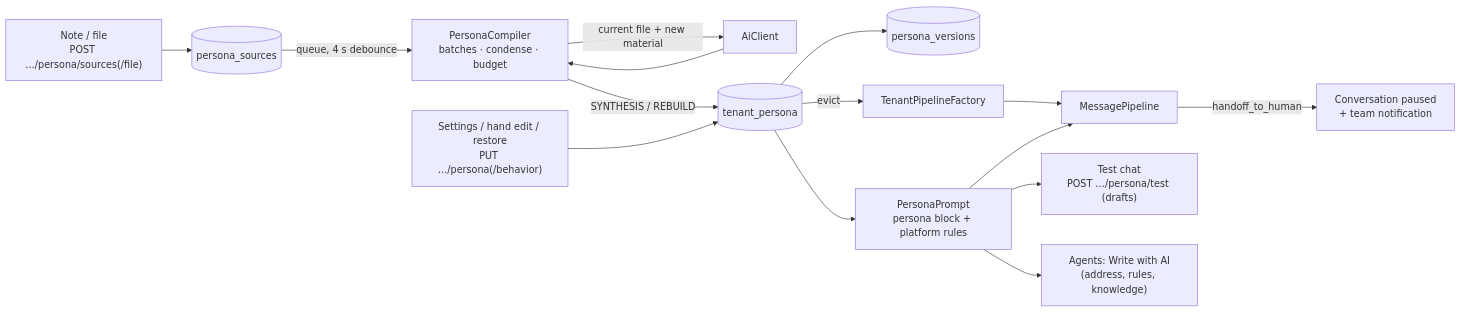
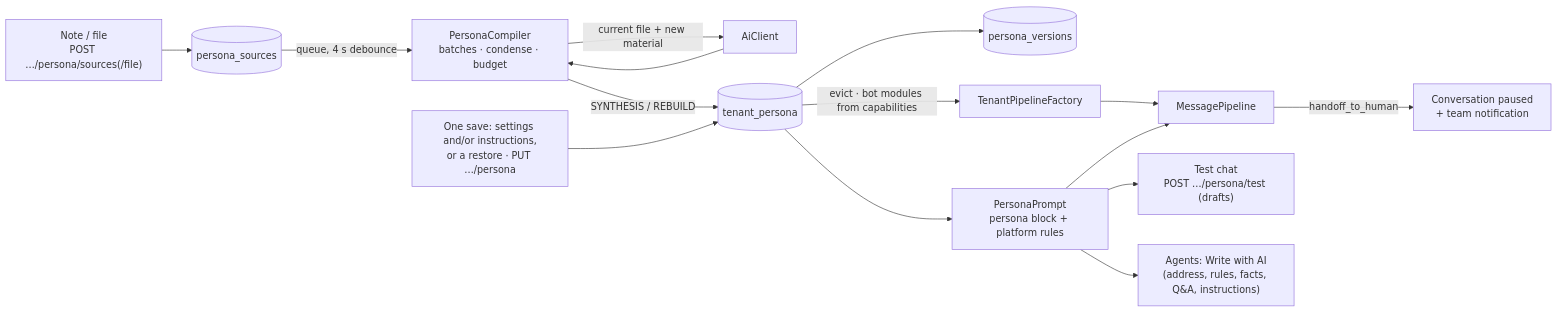
Before and after one commit to rfm-9300/rfm-edubot: diagram 22 of 25 in docs/architecture.md, drawn with Mermaid. The commit also changed other lines of this file and 30 other files, not shown here.

````diff
--- a/docs/architecture.md
+++ b/docs/architecture.md
@@ -1439,17 +1443,17 @@
 ```mermaid
 flowchart LR
     NOTE["Note / file<br/>POST …/persona/sources(/file)"] --> SRC[(persona_sources)]
     SRC -->|queue, 4 s debounce| PC["PersonaCompiler<br/>batches · condense · budget"]
     PC -->|current file + new material| AI[AiClient]
     AI --> PC
     PC -->|SYNTHESIS / REBUILD| TP[(tenant_persona)]
-    EDIT["Settings / hand edit / restore<br/>PUT …/persona(/behavior)"] --> TP
+    EDIT["One save: settings and/or instructions,<br/>or a restore · PUT …/persona"] --> TP
     TP --> VER[(persona_versions)]
-    TP -->|evict| TPF[TenantPipelineFactory]
+    TP -->|evict · bot modules from capabilities| TPF[TenantPipelineFactory]
     TPF --> MP[MessagePipeline]
     TP --> PP["PersonaPrompt<br/>persona block + platform rules"]
     PP --> MP
     PP --> TEST["Test chat<br/>POST …/persona/test (drafts)"]
-    PP --> AGT["Agents: Write with AI<br/>(address, rules, knowledge)"]
+    PP --> AGT["Agents: Write with AI<br/>(address, rules, facts, Q&A, instructions)"]
     MP -->|handoff_to_human| PAUSE["Conversation paused<br/>+ team notification"]
 ```
````
